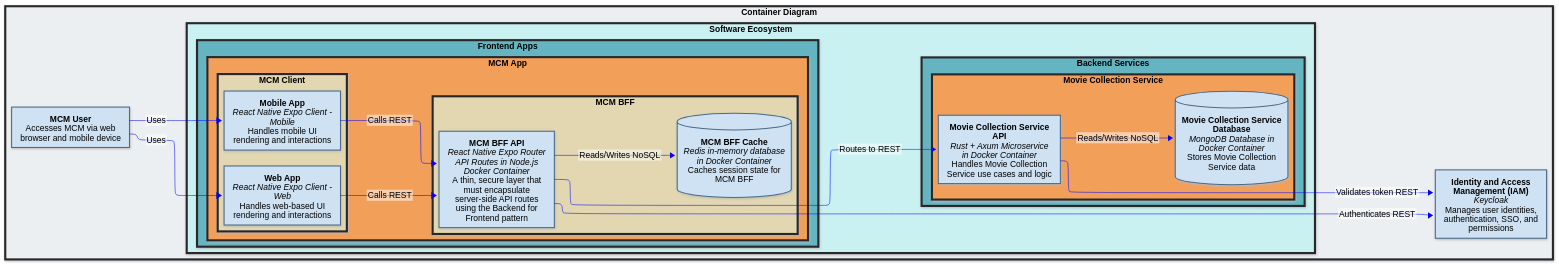
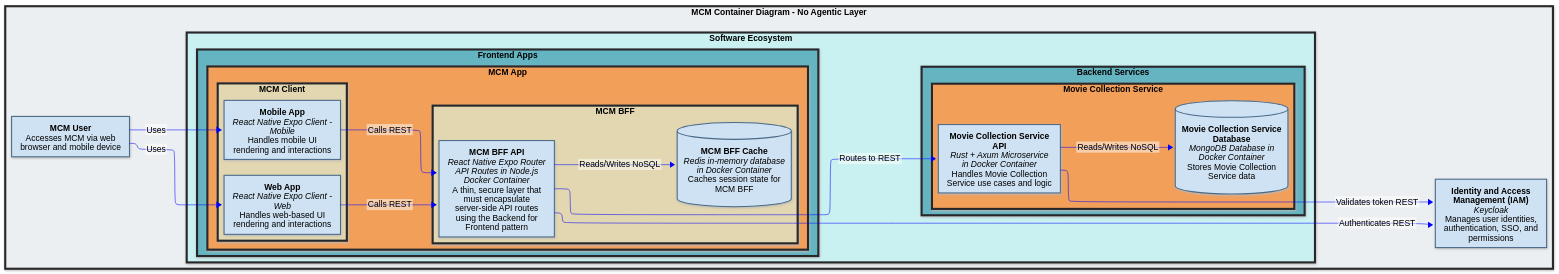
Before and after one commit to jumbleknot/MovieCollectionManager: the first of 2 diagrams in docs/MCM-Architecture.md, drawn with Mermaid. The commit also changed other lines of this file and 1 other file, not shown here.

Commit message:
updates to mermaid diagrams

````diff
--- a/docs/MCM-Architecture.md
+++ b/docs/MCM-Architecture.md
@@ -68,76 +68,76 @@
 ```mermaid
 ---
 config:
   layout: elk
   theme: base
   themeVariables:
     primaryColor: '#cfe2f3'
     primaryTextColor: '#000000'
     primaryBorderColor: '#4a6a88'
     lineColor: '#0000ff'
     secondaryColor: '#85e2e2'
     edgeLabelBackground: '#ffffff'
     tertiaryTextColor: '#000000'
   look: neo
   htmlLabels: false
 ---
 graph LR
   classDef style_background fill:#ECEFF1,stroke:#28282B,stroke-width:4px,color:#000000;
   classDef style_sub1 fill:#C9F1F2,stroke:#28282B,stroke-width:4px,color:#000000;
   classDef style_sub2 fill:#64B5C1,stroke:#28282B,stroke-width:4px,color:#000000;
   classDef style_sub3 fill:#F29F5A,stroke:#28282B,stroke-width:4px,color:#000000;
   classDef style_sub4 fill:#E2D7B0,stroke:#28282B,stroke-width:4px,color:#000000;
   classDef style_node fill:#cfe2f3,stroke:#4a6a88,stroke-width:2px,color:#000000;
 
-  subgraph c4_container_diagram["`**Container Diagram**`"]
+  subgraph c4_container_diagram["`**MCM Container Diagram - No Agentic Layer**`"]
     mcm_user["`**MCM User**<br/>Accesses MCM via web browser and mobile device`"]
     
     subgraph software_ecosystem["`**Software Ecosystem**`"]
         subgraph frontend["`**Frontend Apps**`"]
             subgraph mcm_app["`**MCM App**`"]
                 subgraph mcm_client["`**MCM Client**`"]
                     mcm_web["`**Web App**<br/>*React Native Expo Client - Web*<br/>Handles web-based UI rendering and interactions`"]
                     mcm_mobile["`**Mobile App**<br/>*React Native Expo Client - Mobile*<br/>Handles mobile UI rendering and interactions`"]
                 end
                 subgraph mcm_bff["`**MCM BFF**`"]
                     mcm_bff_api["`**MCM BFF API**<br/>*React Native Expo Router API Routes in Node.js Docker Container*<br/>A thin, secure layer that must encapsulate server-side API routes using the Backend for Frontend pattern`"]
                     mcm_bff_cache[("`**MCM BFF Cache**<br/>*Redis in-memory database in Docker Container*<br/>Caches session state for MCM BFF`")]
                 end
             end
         end
         
         subgraph backend["`**Backend Services**`"]
             subgraph mc_service["`**Movie Collection Service**`"]
                 mc_service_api["`**Movie Collection Service API**<br/>*Rust + Axum Microservice in Docker Container*<br/>Handles Movie Collection Service use cases and logic`"]
                 mc_service_db[("`**Movie Collection Service Database**<br/>*MongoDB Database in Docker Container*<br/>Stores Movie Collection Service data`")]
             end
         end
     end
     
     keycloak["`**Identity and Access Management (IAM)**<br/>*Keycloak*<br/>Manages user identities, authentication, SSO, and permissions`"]
     
     mcm_user -->|Uses| mcm_web
     mcm_user -->|Uses| mcm_mobile
     
     mcm_web -->|Calls REST| mcm_bff_api
     mcm_mobile -->|Calls REST| mcm_bff_api
     
     mcm_bff_api -->|Reads/Writes NoSQL| mcm_bff_cache
     
     mcm_bff_api -->|Routes to REST| mc_service_api
     
     mc_service_api -->|Reads/Writes NoSQL| mc_service_db
     
     mcm_bff_api -->|Authenticates REST| keycloak
     mc_service_api -->|Validates token REST| keycloak
   end
 
   class c4_container_diagram style_background;
   class software_ecosystem style_sub1;
   class frontend,backend style_sub2;
   class mcm_app,mc_service style_sub3;
   class mcm_client,mcm_bff style_sub4;
   class mcm_user,mcm_web,mcm_mobile,mcm_bff_api,mcm_bff_cache,mc_service_api,mc_service_db,keycloak style_node;
 
   linkStyle default stroke:blue,color:black;
 ```
````
